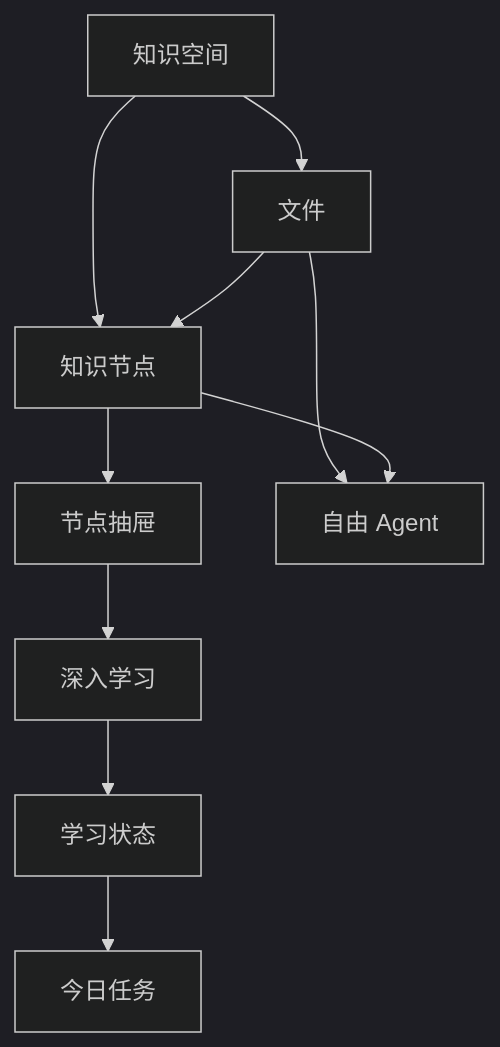
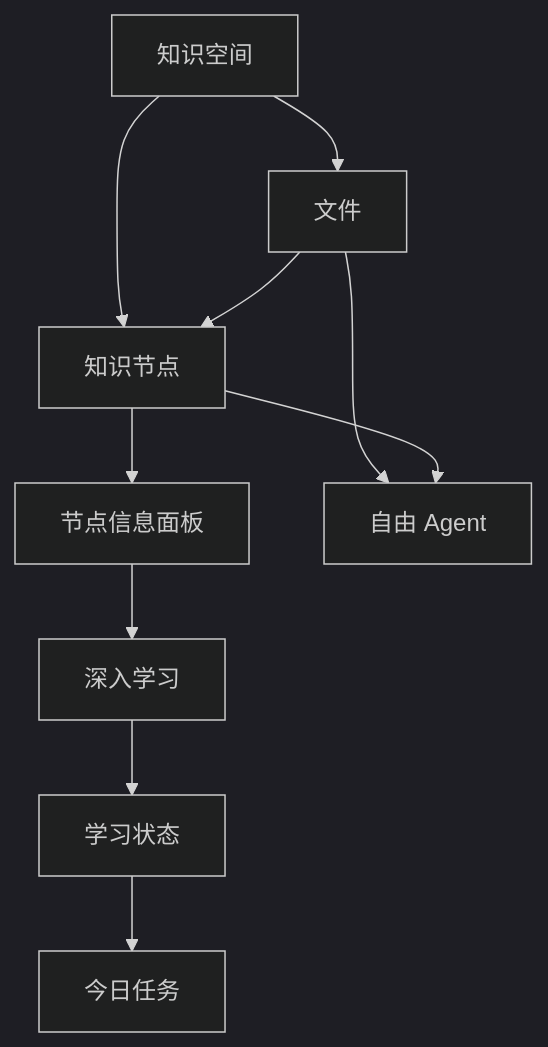
One commit to Tangzy0121/HarmonyAgent changed the first of 3 diagrams in docs/design-system/信息架构与页面结构.md. Above: the diagram before and after it, drawn with Mermaid (dark theme). The commit also changed other lines of this file and 56 other files, not shown here.

````diff
--- a/docs/design-system/信息架构与页面结构.md
+++ b/docs/design-system/信息架构与页面结构.md
@@ -156,12 +163,12 @@
 ```mermaid
 flowchart TD
     A["知识空间"] --> B["文件"]
     A --> C["知识节点"]
     B --> C
-    C --> D["节点抽屉"]
+    C --> D["节点信息面板"]
     D --> E["深入学习"]
     B --> F["自由 Agent"]
     C --> F
     E --> G["学习状态"]
     G --> H["今日任务"]
 ```
````
